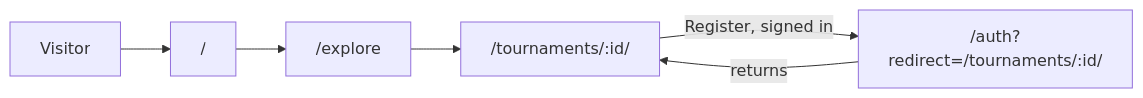
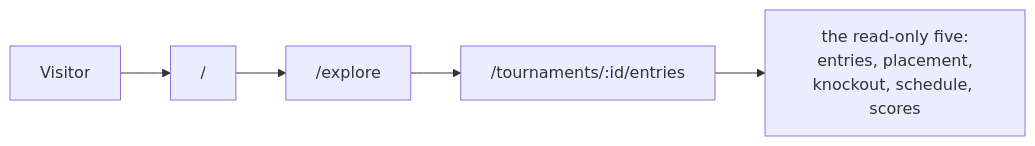
One commit to nhphuong2504/shuttle-scheduler changed the first of 2 diagrams in docs/information-architecture.md. Above: the diagram before and after it, drawn with Mermaid. The commit also changed other lines of this file and 10 other files, not shown here.

````diff
--- a/docs/information-architecture.md
+++ b/docs/information-architecture.md
@@ -118,8 +132,7 @@
 ```mermaid
 flowchart LR
   visitor["Visitor"] --> landing["/" ]
   landing --> explore["/explore"]
-  explore --> card["/tournaments/:id/"]
-  card -->|"Register, signed in"| auth["/auth?redirect=/tournaments/:id/"]
-  auth -->|"returns"| card
+  explore --> card["/tournaments/:id/entries"]
+  card --> sections["the read-only five:<br/>entries, placement,<br/>knockout, schedule, scores"]
 ```
````
